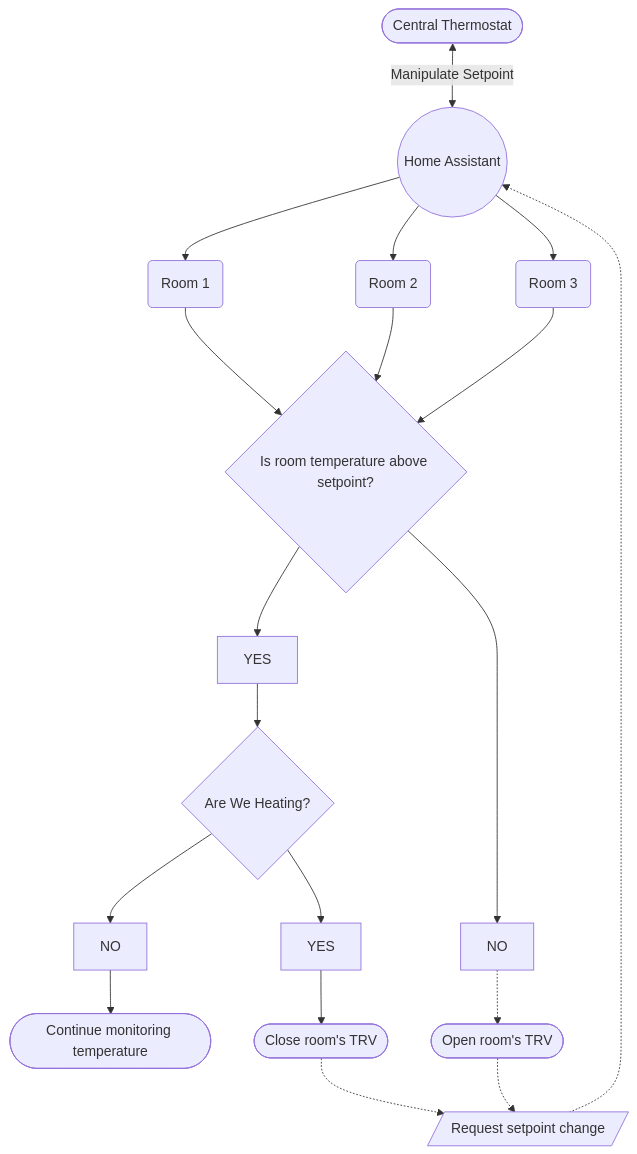
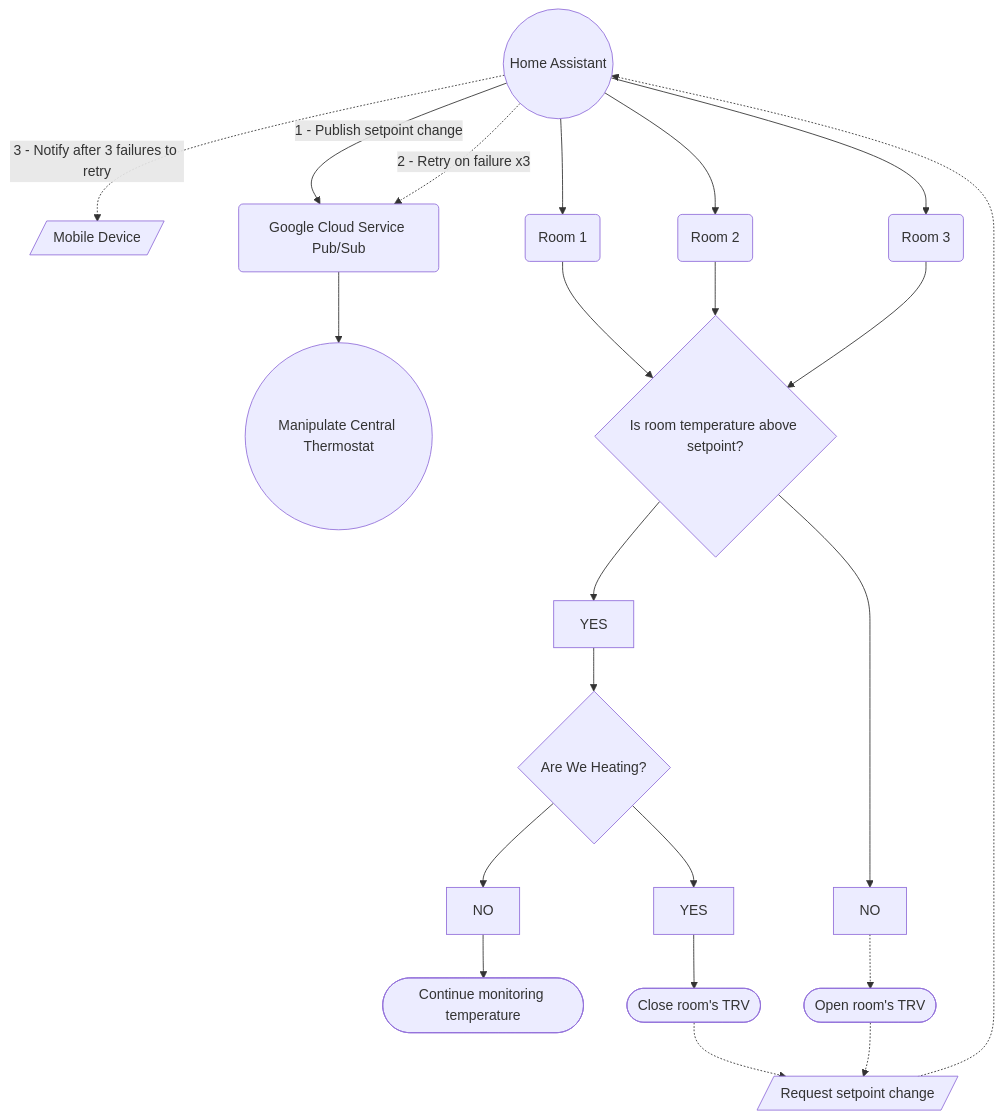
One commit to mwood77/ha-trv-zone-heating changed the diagram in README.md. Above: the diagram before and after it, drawn with Mermaid. The commit also changed 2 other files, not shown here.

Commit message:
add retry automation

````diff
--- a/README.md
+++ b/README.md
@@ -27,37 +27,46 @@
 ```mermaid
 flowchart TD
-    A([Central Thermostat]) <-->|Manipulate Setpoint| B((Home Assistant));
+    Z((Home Assistant))
+    W[/Mobile Device/]
 
-    B --> C(Room 1);
-    B --> D(Room 2);
-    B --> E(Room 3);
+    A((Manipulate Central Thermostat))
+    B(Google Cloud Service Pub/Sub)
+
+    Z --> | 1 - Publish setpoint change | B
+    Z .-> | 2 - Retry on failure x3 | B
+    B --> A
+    Z .-> | 3 - Notify after 3 failures to retry | W
+
+    Z --> C(Room 1);
+    Z --> D(Room 2);
+    Z --> E(Room 3);
 
     F{Is room temperature above setpoint?};
     G([Continue monitoring temperature]);
     H[YES];
     I[NO];
     J([Open room's TRV]);
     K[/Request setpoint change/];
     L{Are We Heating?};
     
     %% Room 1 is at temperature
     C --> F;
     
     %% Room 2 is at temperature
     D --> F;
     
     %% Room 3 asks for heat
     E --> F;
     
     %% Do Nothing
     F --> H;
     H --> L;
     L --> M[YES] --> N([Close room's TRV]) .-> K;
     L --> O[NO] --> G;
     
     %% Call for heat
     F --> I;
     I .-> J;
     J .-> K;
-    K .-> B;
+    K .-> Z;
 ```
````
